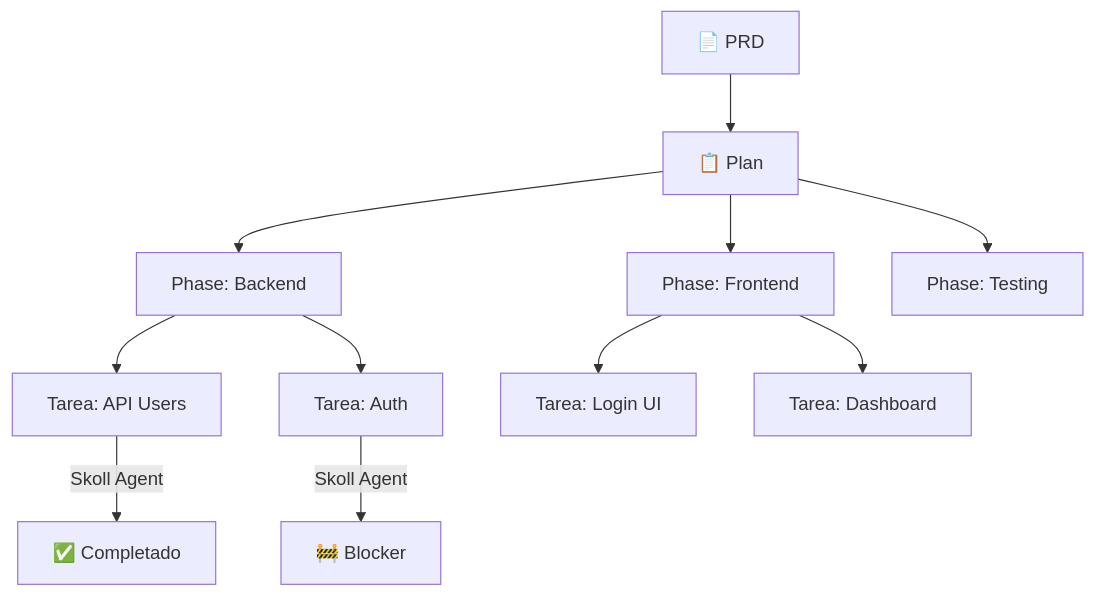
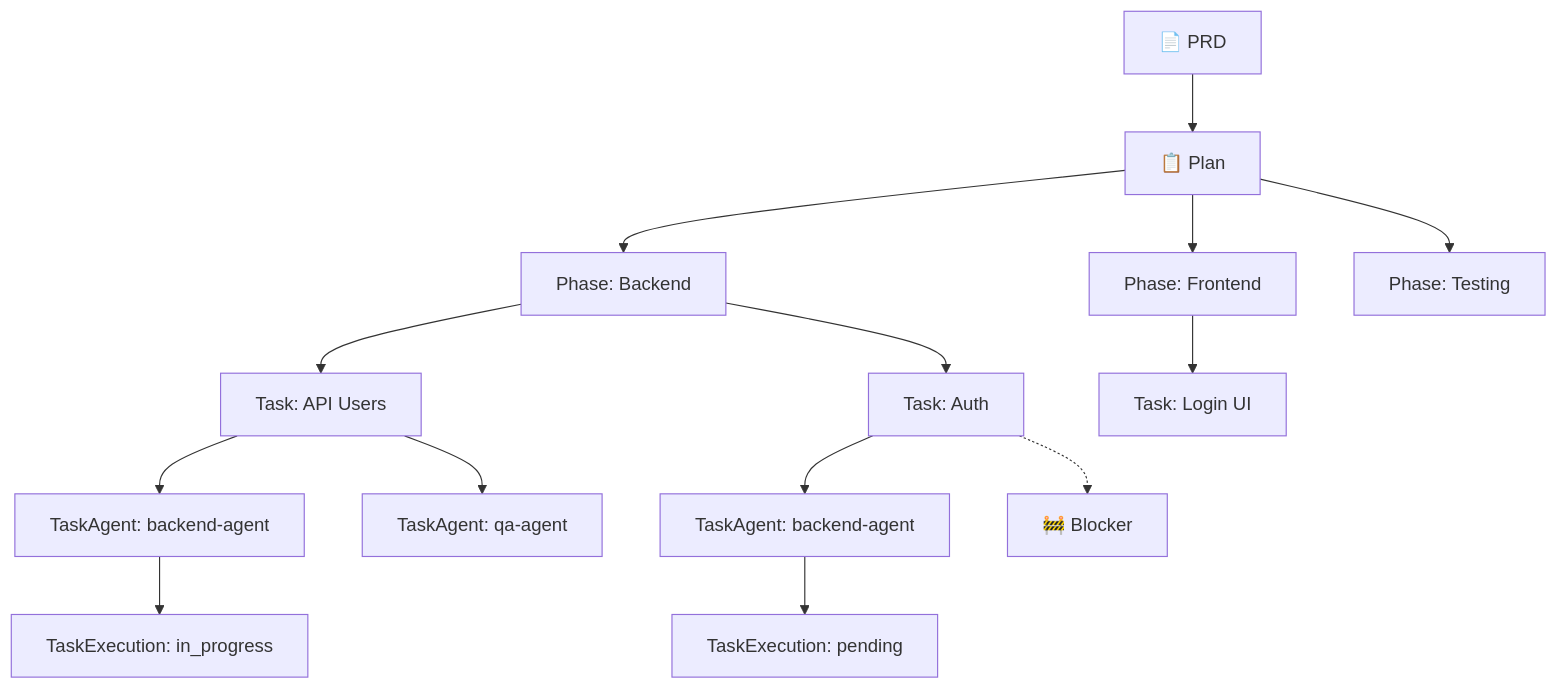
Before and after one commit to andragon31/Ragnarok: the second of 2 diagrams in README.md, drawn with Mermaid. The commit also changed other lines of this file, not shown here.

````diff
--- a/README.md
+++ b/README.md
@@ -189,15 +367,20 @@
 ```mermaid
 graph TD
     PRD[📄 PRD] --> Plan[📋 Plan]
     Plan --> Phase1[Phase: Backend]
     Plan --> Phase2[Phase: Frontend]
     Plan --> Phase3[Phase: Testing]
     
-    Phase1 --> Task1[Tarea: API Users]
-    Phase1 --> Task2[Tarea: Auth]
-    Phase2 --> Task3[Tarea: Login UI]
-    Phase2 --> Task4[Tarea: Dashboard]
+    Phase1 --> Task1[Task: API Users]
+    Phase1 --> Task2[Task: Auth]
+    Phase2 --> Task3[Task: Login UI]
     
-    Task1 --> |"Skoll Agent"| Result1[✅ Completado]
-    Task2 --> |"Skoll Agent"| Blocker[🚧 Blocker]
+    Task1 --> TA1[TaskAgent: backend-agent]
+    Task1 --> TA2[TaskAgent: qa-agent]
+    Task2 --> TA3[TaskAgent: backend-agent]
+    
+    TA1 --> Exec1[TaskExecution: in_progress]
+    TA3 --> Exec2[TaskExecution: pending]
+    
+    Task2 -.-> Blocker[🚧 Blocker]
 ```
````
